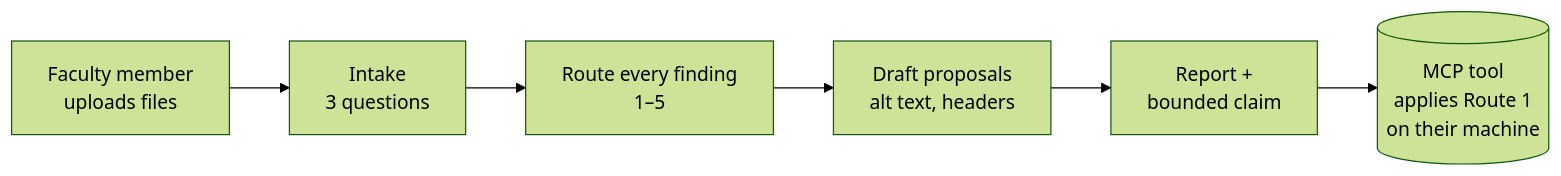
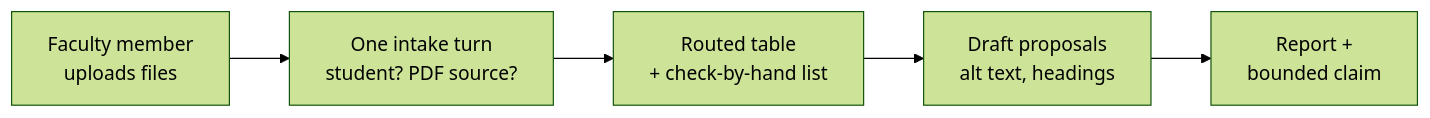
Before and after one commit to adamwpryor/wcag-tool: the diagram in bot/BOODLEBOX_BOT.md, drawn with Mermaid (forest theme). The commit also changed other lines of this file and 13 other files, not shown here.

````diff
--- a/bot/BOODLEBOX_BOT.md
+++ b/bot/BOODLEBOX_BOT.md
@@ -48,8 +54,7 @@
 ```mermaid
 flowchart LR
-    U[Faculty member<br/>uploads files] --> I[Intake<br/>3 questions]
-    I --> R[Route every finding<br/>1–5]
-    R --> D[Draft proposals<br/>alt text, headers]
+    U[Faculty member<br/>uploads files] --> I[One intake turn<br/>student? PDF source?]
+    I --> R[Routed table<br/>+ check-by-hand list]
+    R --> D[Draft proposals<br/>alt text, headings]
     D --> P[Report +<br/>bounded claim]
-    P --> M[(MCP tool<br/>applies Route 1<br/>on their machine)]
 ```
````
